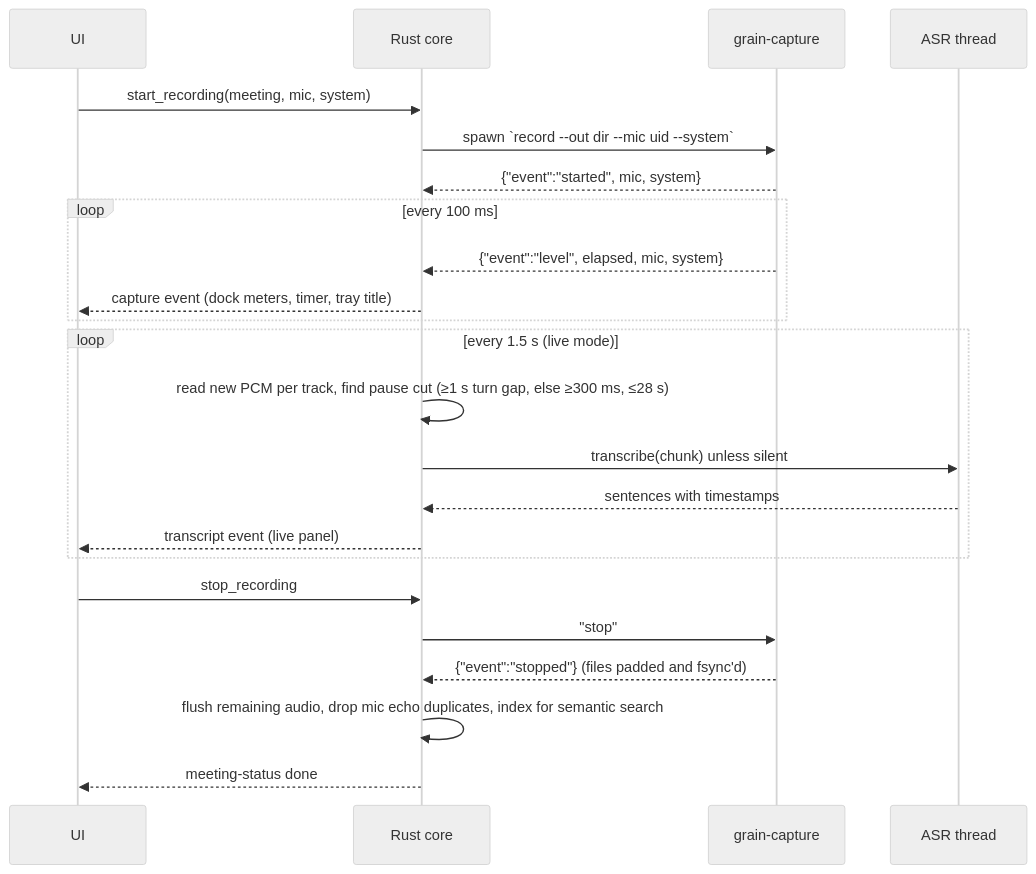
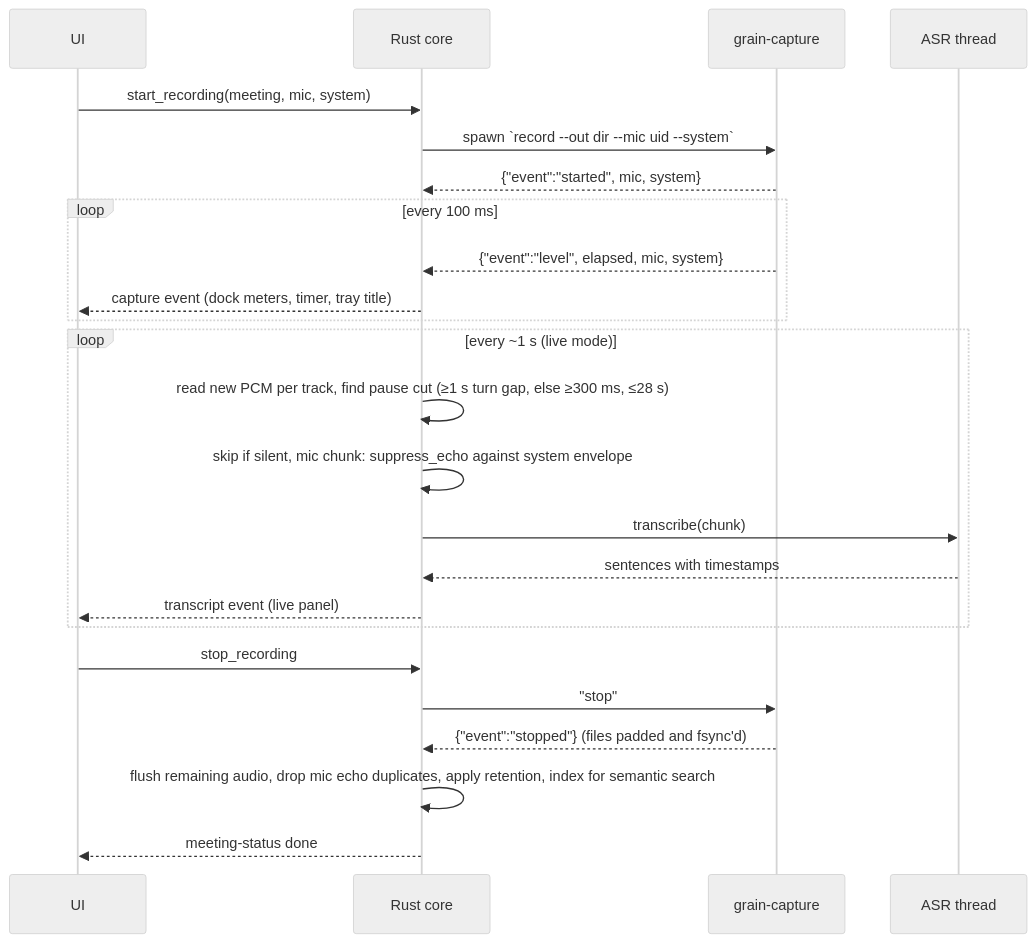
One commit to junbin-tan/grain changed the fifth of 9 diagrams in docs/ARCHITECTURE.md. Above: the diagram before and after it, drawn with Mermaid (neutral theme). The commit also changed other lines of this file and 1 other file, not shown here.

First line of the commit message:
docs(architecture): expand into a full reference for AI agents

````diff
--- a/docs/ARCHITECTURE.md
+++ b/docs/ARCHITECTURE.md
@@ -39,25 +187,26 @@
 ```mermaid
 sequenceDiagram
   participant UI
   participant Core as Rust core
   participant Cap as grain-capture
   participant ASR as ASR thread
   UI->>Core: start_recording(meeting, mic, system)
   Core->>Cap: spawn `record --out dir --mic uid --system`
   Cap-->>Core: {"event":"started", mic, system}
   loop every 100 ms
     Cap-->>Core: {"event":"level", elapsed, mic, system}
     Core-->>UI: capture event (dock meters, timer, tray title)
   end
-  loop every 1.5 s (live mode)
+  loop every ~1 s (live mode)
     Core->>Core: read new PCM per track, find pause cut (≥1 s turn gap, else ≥300 ms, ≤28 s)
-    Core->>ASR: transcribe(chunk) unless silent
+    Core->>Core: skip if silent, mic chunk: suppress_echo against system envelope
+    Core->>ASR: transcribe(chunk)
     ASR-->>Core: sentences with timestamps
     Core-->>UI: transcript event (live panel)
   end
   UI->>Core: stop_recording
   Core->>Cap: "stop"
   Cap-->>Core: {"event":"stopped"} (files padded and fsync'd)
-  Core->>Core: flush remaining audio, drop mic echo duplicates, index for semantic search
+  Core->>Core: flush remaining audio, drop mic echo duplicates, apply retention, index for semantic search
   Core-->>UI: meeting-status done
 ```
````
